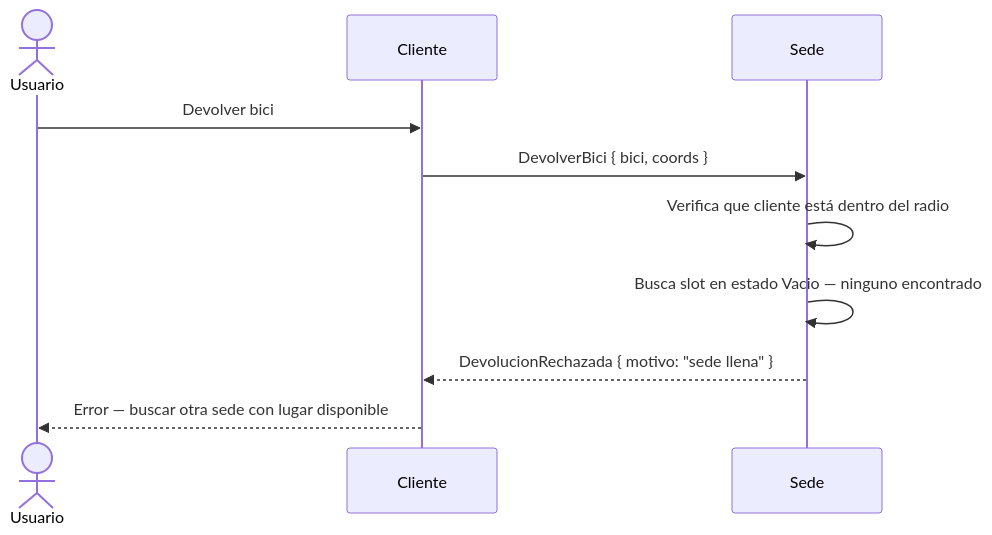
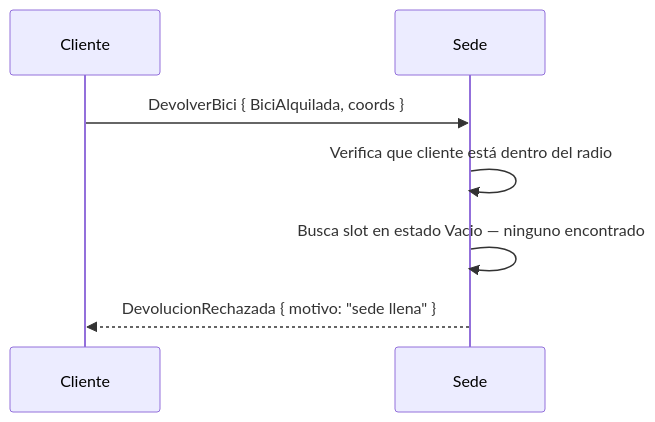
One commit to Jmenechian/distributed-bike-sharing changed the fifth of 15 diagrams in README.md. Above: the diagram before and after it, drawn with Mermaid. The commit also changed other lines of this file, not shown here.

Commit message:
subo cambios de la arquitectura con correcciones

````diff
--- a/README.md
+++ b/README.md
@@ -630,13 +1171,10 @@
 ```mermaid
 sequenceDiagram
-    actor Usuario
     participant Cliente
     participant Sede
- 
-    Usuario->>Cliente: Devolver bici
-    Cliente->>Sede: DevolverBici { bici, coords }
+
+    Cliente->>Sede: DevolverBici { BiciAlquilada, coords }
     Sede->>Sede: Verifica que cliente está dentro del radio
     Sede->>Sede: Busca slot en estado Vacio — ninguno encontrado
     Sede-->>Cliente: DevolucionRechazada { motivo: "sede llena" }
-    Cliente-->>Usuario: Error — buscar otra sede con lugar disponible
 ```
````
